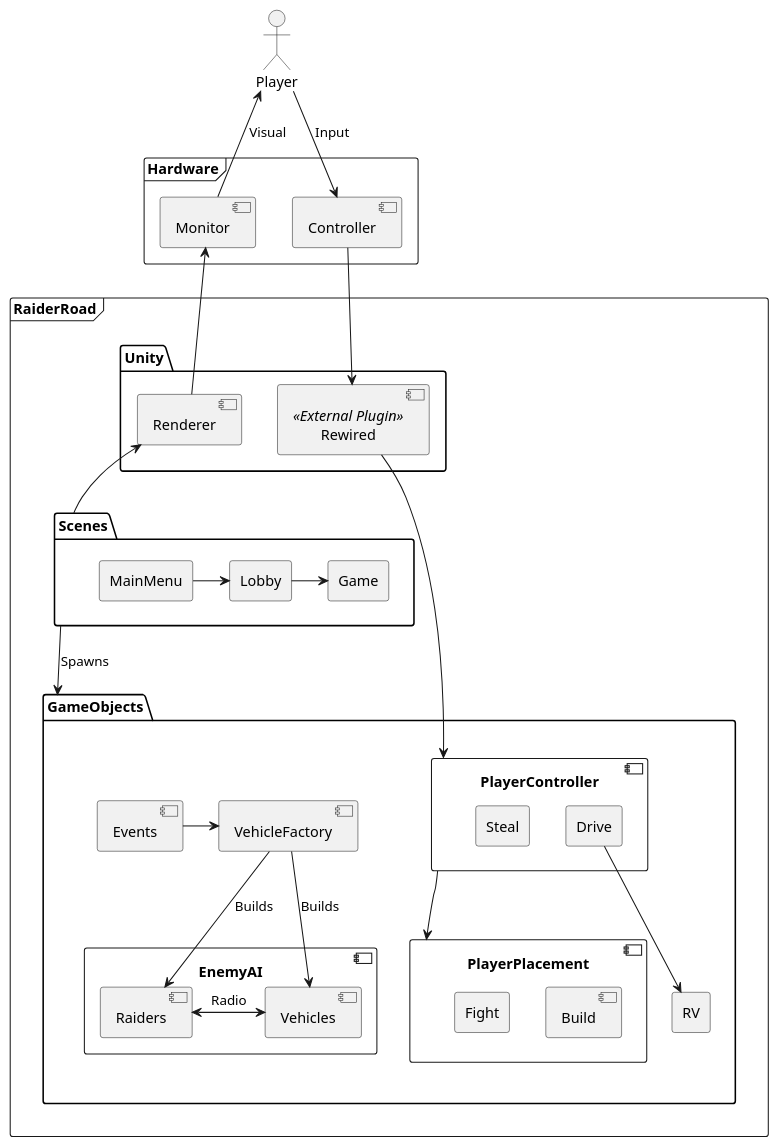
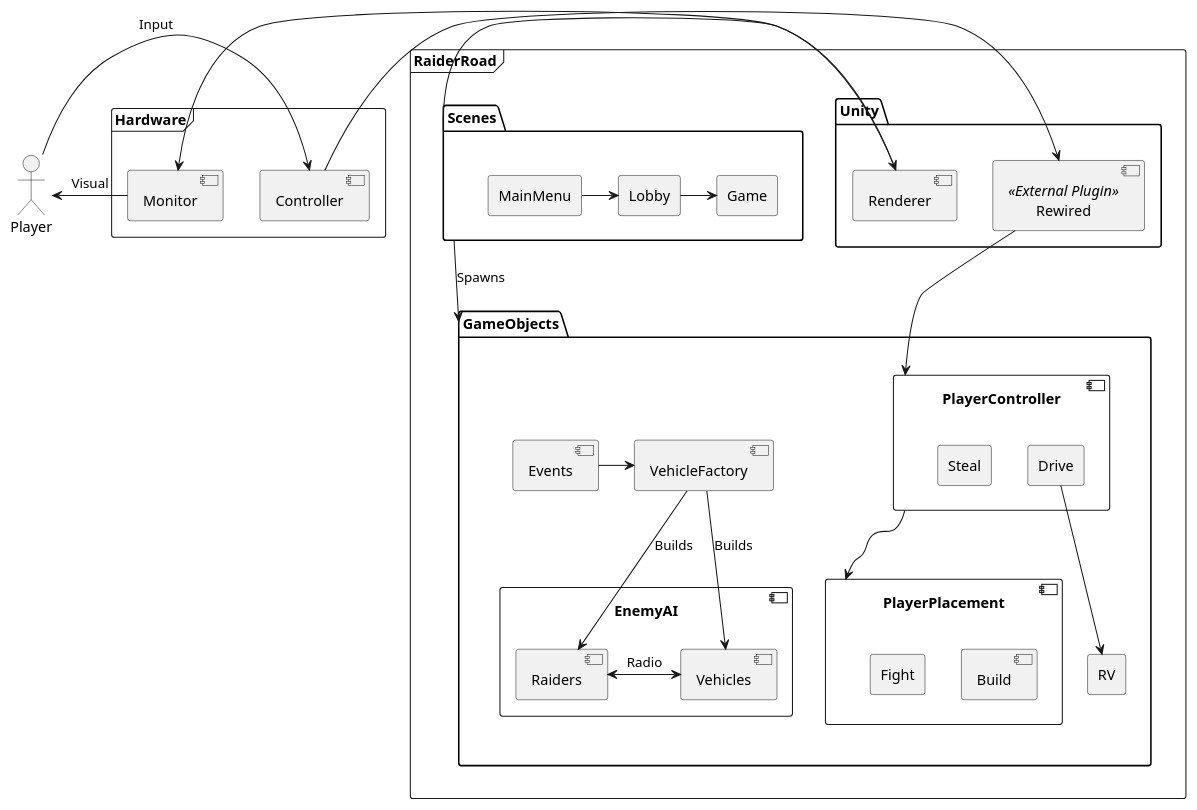
The diagram in RaiderRoad/Assets/Scripts/docs/Architecture.puml (OutOfHandInteractive/RaiderRoad), drawn with PlantUML before and after one commit. The commit also changed 2 other files, not shown here.

```diff
--- a/RaiderRoad/Assets/Scripts/docs/Architecture.puml
+++ b/RaiderRoad/Assets/Scripts/docs/Architecture.puml
@@ -1,64 +1,64 @@
 @startuml
 '' Architecture
 skinparam backgroundColor transparent
 skinparam monochrome true
 skinparam shadowing false
 
 actor Player
 
 frame Hardware {
 	component Controller
 	component Monitor
 }
 
 frame RaiderRoad {
 	package Unity {
+		component Rewired <<External Plugin>>
 		component Renderer
-		component Rewired <<External Plugin>>
 	}
 	package Scenes {
 		rectangle MainMenu
 		rectangle Lobby
 		rectangle Game
 	}
 	package GameObjects {
 		component Events
 		component VehicleFactory
 		component PlayerController{
 			rectangle Drive
 			rectangle Steal
 		}
 		component PlayerPlacement{
 			component Build
 			rectangle Fight
 		}
 		rectangle RV
 		component EnemyAI{
 			component Raiders
 			component Vehicles
 		}
 	}
 }
 
-Player --> Controller : Input
-Player <-- Monitor : Visual
+Player -> Controller : Input
+Player <- Monitor : Visual
 
-Controller --> Rewired
-Monitor <-- Renderer
+Controller -> Rewired
+Monitor <- Renderer
 
-Renderer <-- Scenes
+Scenes -right-> Renderer
 MainMenu -> Lobby
 Lobby -> Game
-Scenes --> GameObjects : Spawns
+Scenes -down-> GameObjects : Spawns
 
 Events -> VehicleFactory
 VehicleFactory --> Vehicles : Builds
 VehicleFactory --> Raiders : Builds
 'Renderer <-- GameObjects
 Rewired --> PlayerController
 PlayerController --> PlayerPlacement
 Raiders <-> Vehicles : Radio
 
 Drive --> RV
 
 @enduml
```
